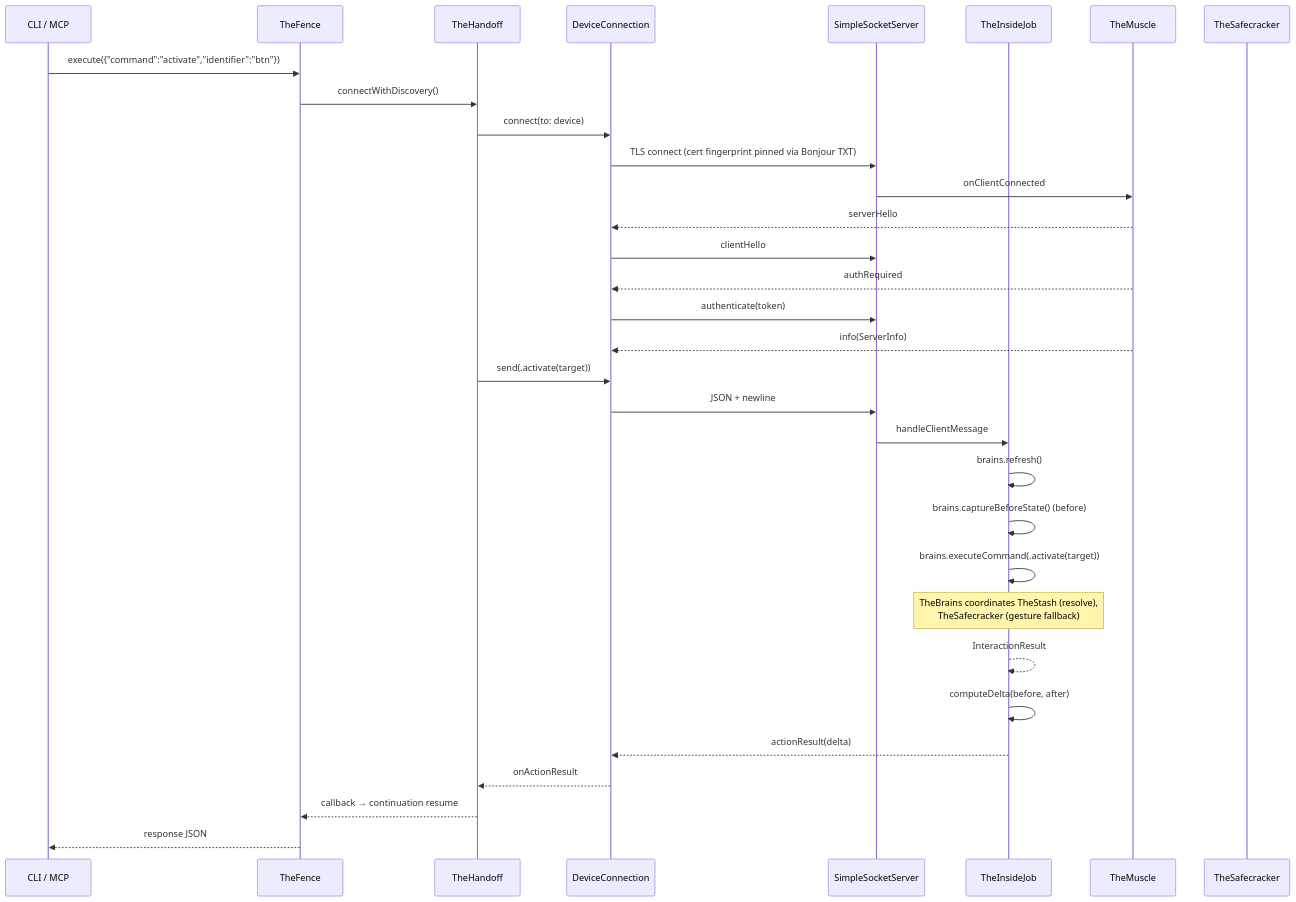
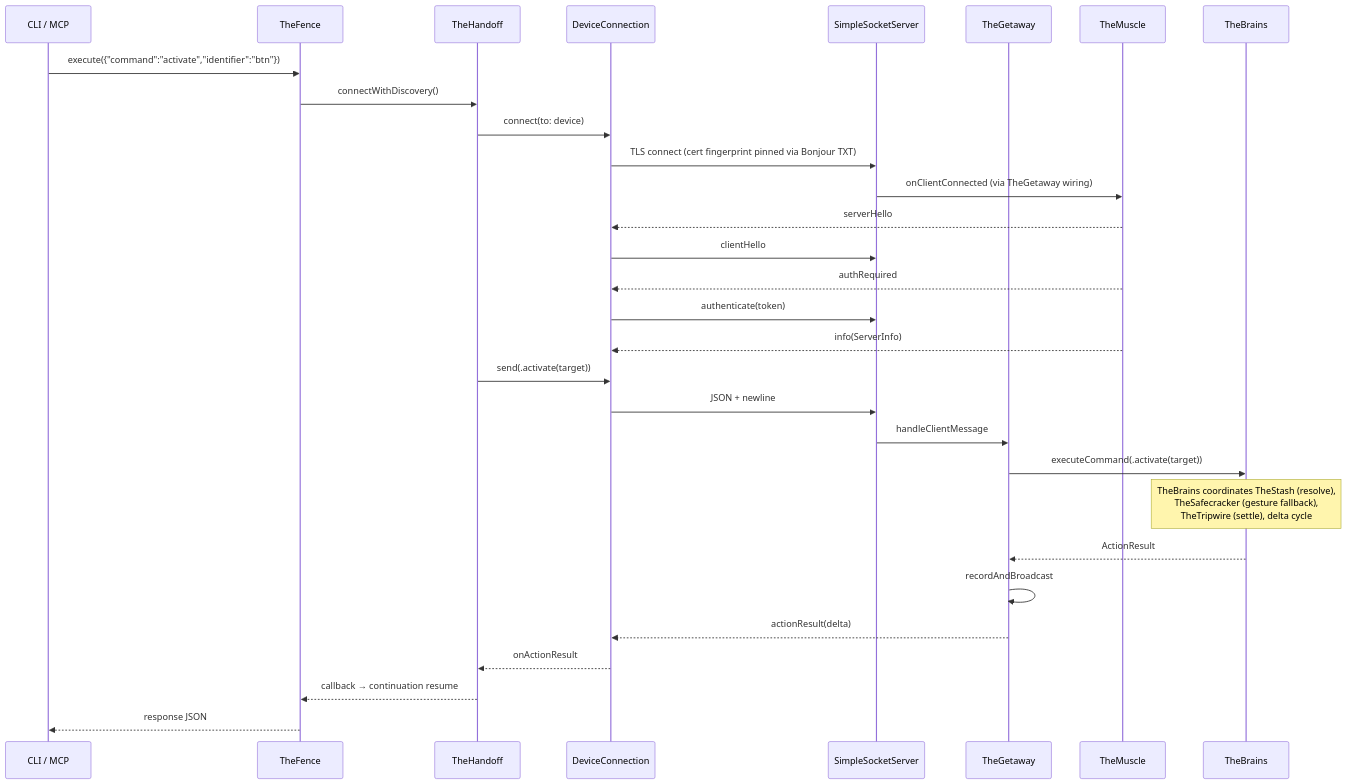
Before and after one commit to RoyalPineapple/TheButtonHeist: the second of 2 diagrams in docs/dossiers/README.md, drawn with Mermaid. The commit also changed other lines of this file and 15 other files, not shown here.

````diff
--- a/docs/dossiers/README.md
+++ b/docs/dossiers/README.md
@@ -69,35 +70,33 @@
 ```mermaid
 sequenceDiagram
     participant CLI as CLI / MCP
     participant TF as TheFence
     participant TH as TheHandoff
     participant DC as DeviceConnection
     participant SS as SimpleSocketServer
-    participant IJ as TheInsideJob
+    participant GW as TheGetaway
     participant TM2 as TheMuscle
-    participant TS as TheSafecracker
+    participant TB as TheBrains
 
     CLI->>TF: execute({"command":"activate","identifier":"btn"})
     TF->>TH: connectWithDiscovery()
     TH->>DC: connect(to: device)
     DC->>SS: TLS connect (cert fingerprint pinned via Bonjour TXT)
-    SS->>TM2: onClientConnected
+    SS->>TM2: onClientConnected (via TheGetaway wiring)
     TM2-->>DC: serverHello
     DC->>SS: clientHello
     TM2-->>DC: authRequired
     DC->>SS: authenticate(token)
     TM2-->>DC: info(ServerInfo)
     TH->>DC: send(.activate(target))
     DC->>SS: JSON + newline
-    SS->>IJ: handleClientMessage
-    IJ->>IJ: brains.refresh()
-    IJ->>IJ: brains.captureBeforeState() (before)
-    IJ->>IJ: brains.executeCommand(.activate(target))
-    Note over IJ: TheBrains coordinates TheStash (resolve),<br/>TheSafecracker (gesture fallback)
-    IJ-->>IJ: InteractionResult
-    IJ->>IJ: computeDelta(before, after)
-    IJ-->>DC: actionResult(delta)
+    SS->>GW: handleClientMessage
+    GW->>TB: executeCommand(.activate(target))
+    Note over TB: TheBrains coordinates TheStash (resolve),<br/>TheSafecracker (gesture fallback),<br/>TheTripwire (settle), delta cycle
+    TB-->>GW: ActionResult
+    GW->>GW: recordAndBroadcast
+    GW-->>DC: actionResult(delta)
     DC-->>TH: onActionResult
     TH-->>TF: callback → continuation resume
     TF-->>CLI: response JSON
 ```
````
